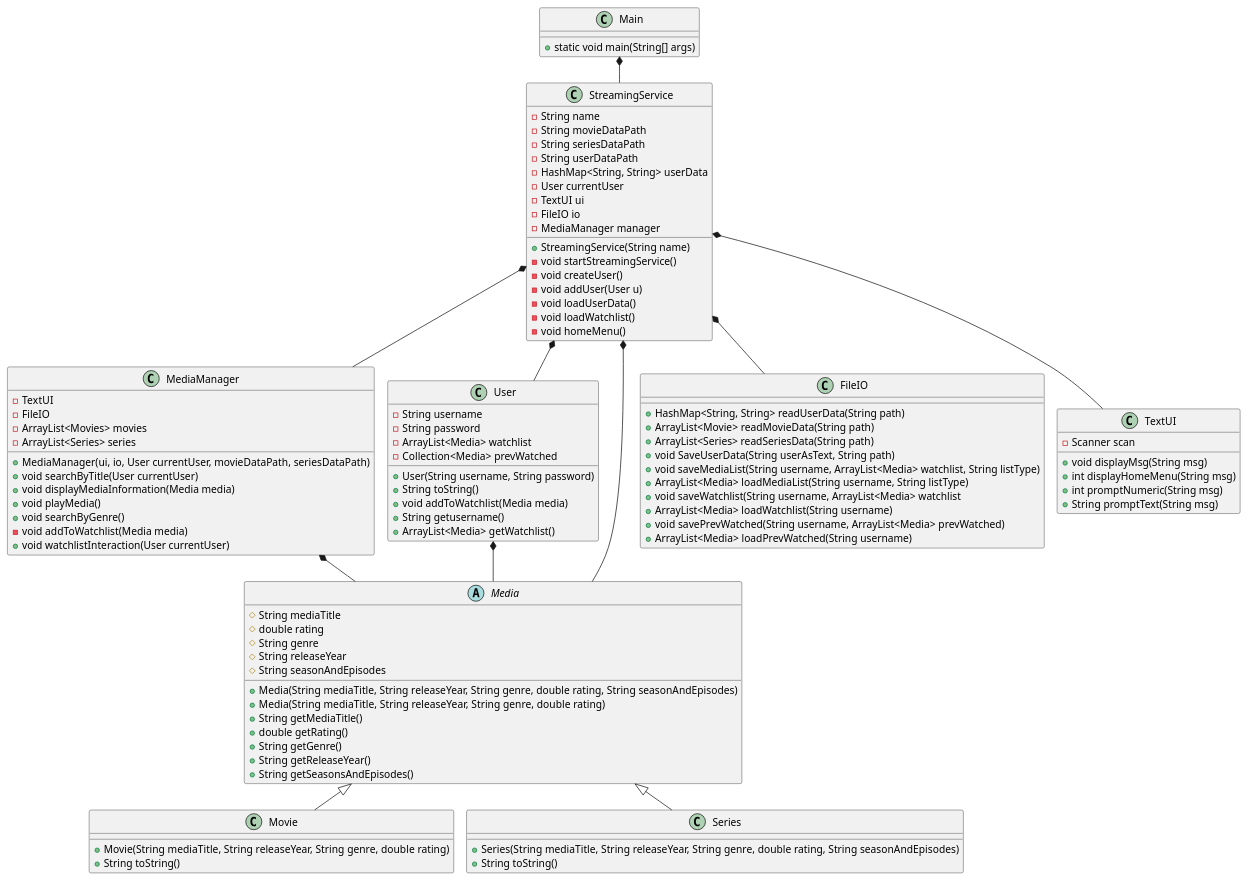
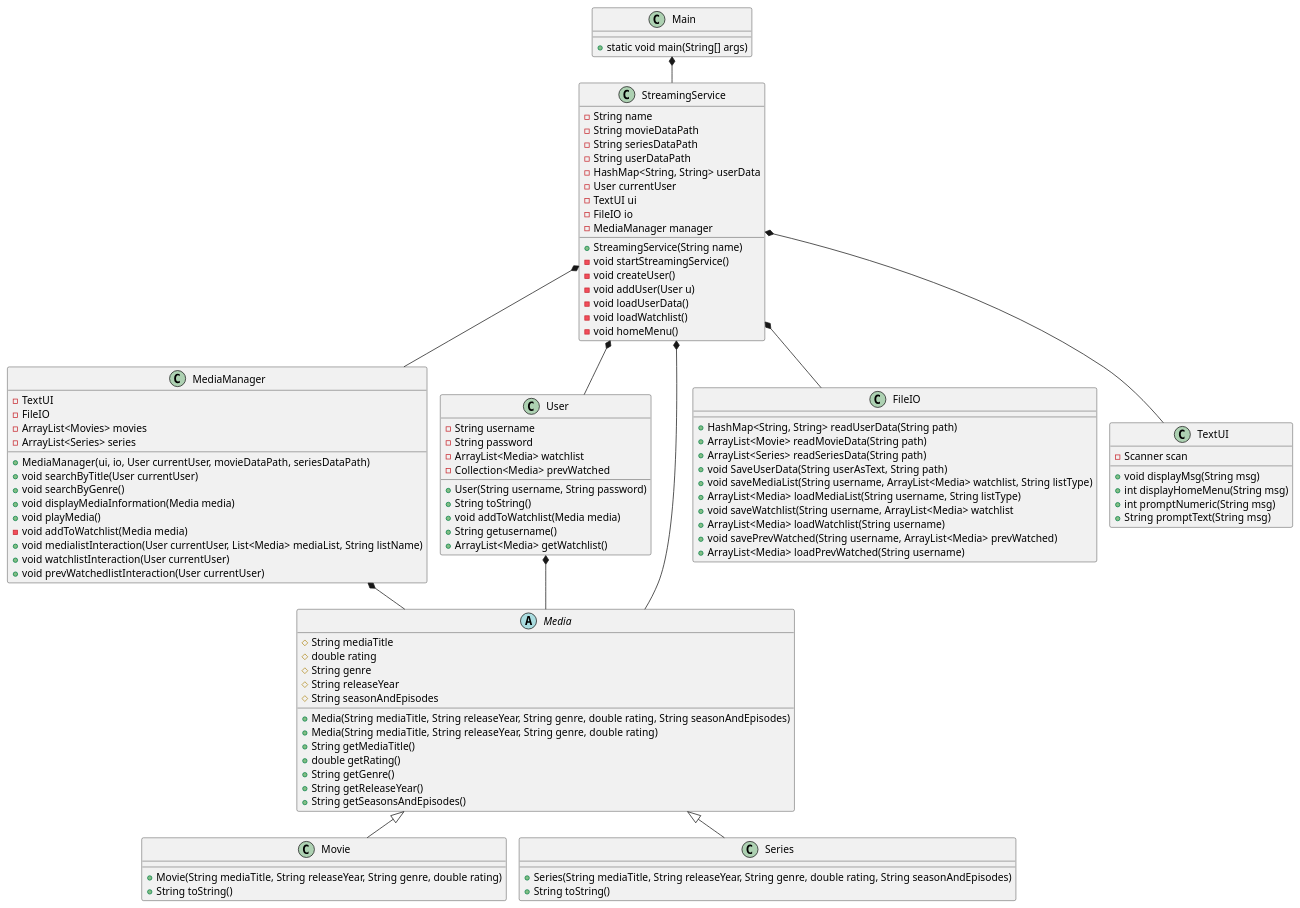
Before and after one commit to EmilDagsberg/SP3: the diagram in doc/classdiagram/classdiagram_v1.puml, drawn with PlantUML.

Commit message:
Ændringer i klassediagrammet

```diff
--- a/doc/classdiagram/classdiagram_v1.puml
+++ b/doc/classdiagram/classdiagram_v1.puml
@@ -1,115 +1,117 @@
 @startuml
 !pragma layout smetana
 
 class Main {
 + static void main(String[] args)
 }
 
 class StreamingService{
 - String name
 - String movieDataPath
 - String seriesDataPath
 - String userDataPath
 - HashMap<String, String> userData
 - User currentUser
 - TextUI ui
 - FileIO io
 - MediaManager manager
 + StreamingService(String name)
 - void startStreamingService()
 - void createUser()
 - void addUser(User u)
 - void loadUserData()
 - void loadWatchlist()
 - void homeMenu()
 
 
 }
 
 class MediaManager {
 - TextUI
 - FileIO
 - ArrayList<Movies> movies
 - ArrayList<Series> series
 + MediaManager(ui, io, User currentUser, movieDataPath, seriesDataPath)
 + void searchByTitle(User currentUser)
++ void searchByGenre()
 + void displayMediaInformation(Media media)
 + void playMedia()
-+ void searchByGenre()
 - void addToWatchlist(Media media)
++ void medialistInteraction(User currentUser, List<Media> mediaList, String listName)
 + void watchlistInteraction(User currentUser)
++ void prevWatchedlistInteraction(User currentUser)
 }
 
 class User {
 - String username
 - String password
 - ArrayList<Media> watchlist
 - Collection<Media> prevWatched
 + User(String username, String password)
 + String toString()
 + void addToWatchlist(Media media)
 + String getusername()
 + ArrayList<Media> getWatchlist()
 }
 
 
 abstract class Media{
 # String mediaTitle
 # double rating
 # String genre
 # String releaseYear
 # String seasonAndEpisodes
 +Media(String mediaTitle, String releaseYear, String genre, double rating, String seasonAndEpisodes)
 +Media(String mediaTitle, String releaseYear, String genre, double rating)
 +String getMediaTitle()
 +double getRating()
 +String getGenre()
 +String getReleaseYear()
 +String getSeasonsAndEpisodes()
 }
 
 class Movie{
 + Movie(String mediaTitle, String releaseYear, String genre, double rating)
 +String toString()
 'metode der loader liste over film?
 
 }
 
 class Series{
 +Series(String mediaTitle, String releaseYear, String genre, double rating, String seasonAndEpisodes)
 +String toString()
 'metode der loader liste over serier?
 }
 
 class FileIO {
 + HashMap<String, String> readUserData(String path)
 + ArrayList<Movie> readMovieData(String path)
 + ArrayList<Series> readSeriesData(String path)
 + void SaveUserData(String userAsText, String path)
 + void saveMediaList(String username, ArrayList<Media> watchlist, String listType)
 + ArrayList<Media> loadMediaList(String username, String listType)
 + void saveWatchlist(String username, ArrayList<Media> watchlist
 + ArrayList<Media> loadWatchlist(String username)
 + void savePrevWatched(String username, ArrayList<Media> prevWatched)
 + ArrayList<Media> loadPrevWatched(String username)
 }
 
 class TextUI {
 - Scanner scan
 + void displayMsg(String msg)
 + int displayHomeMenu(String msg)
 + int promptNumeric(String msg)
 + String promptText(String msg)
 }
 
 Main *-- StreamingService
 StreamingService *-- MediaManager
 MediaManager *-- Media
 StreamingService *-- User
 StreamingService *-- FileIO
 StreamingService *-- TextUI
 Media <|-- Movie
 Media <|-- Series
 StreamingService *-- Media
 User *-- Media
 @enduml
```
